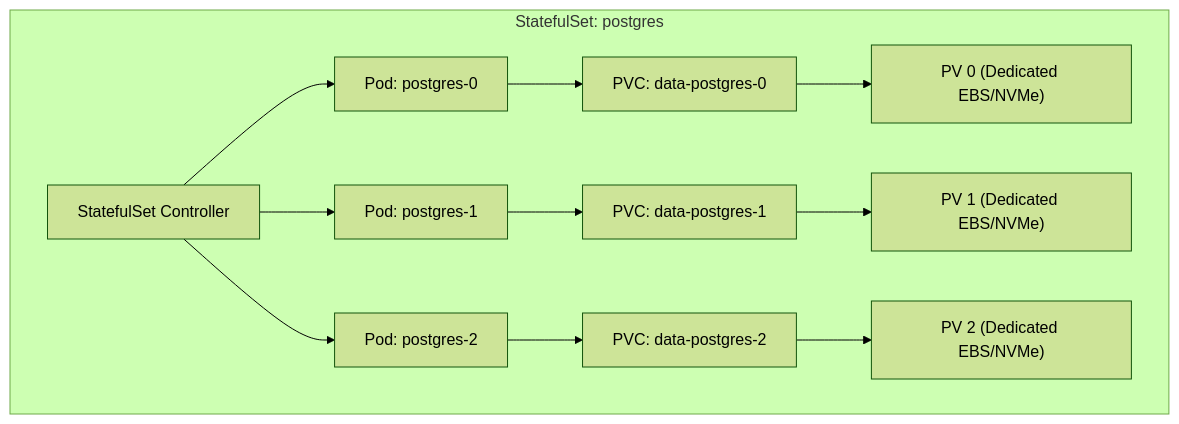
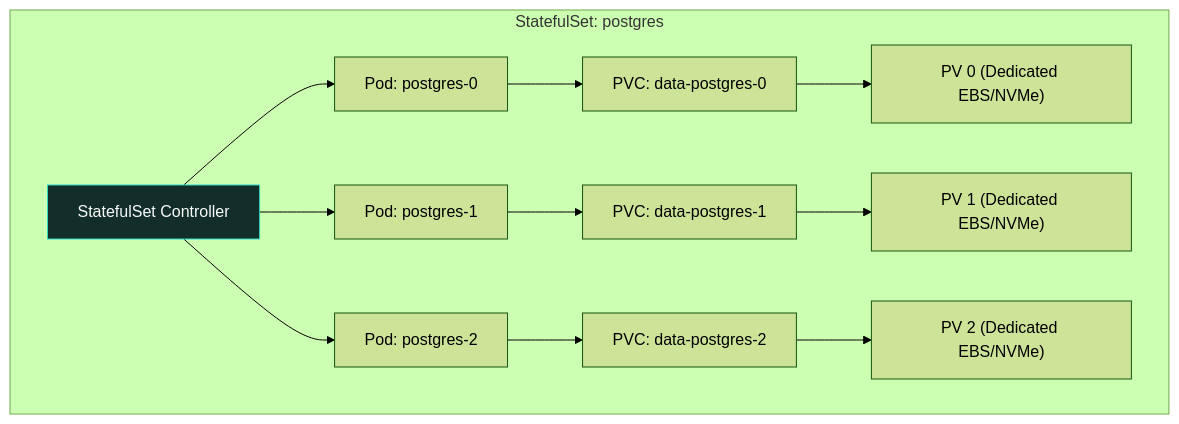
The second of 4 diagrams in sources/19. Инфраструктура. Linux, nginx, Docker, Kubernetes/04. Kubernetes/6. Stateful приложения.md (UnrealTemplier/go-textbook), drawn with Mermaid (forest theme) before and after one commit. The commit also changed other lines of this file and 1666 other files, not shown here.

First line of the commit message:
feat(mermaid): add semantic color classDef to 1369 colorless flowchart/graph diagrams

````diff
--- a/sources/19. Инфраструктура. Linux, nginx, Docker, Kubernetes/04. Kubernetes/6. Stateful приложения.md
+++ b/sources/19. Инфраструктура. Linux, nginx, Docker, Kubernetes/04. Kubernetes/6. Stateful приложения.md
@@ -42,16 +52,26 @@
 ```mermaid
 flowchart TD
+    classDef process  fill:#1e293b,stroke:#38bdf8,stroke-width:1px,color:#f8fafc
+    classDef success  fill:#064e3b,stroke:#34d399,stroke-width:1px,color:#f8fafc
+    classDef error    fill:#7f1d1d,stroke:#f87171,stroke-width:1px,color:#f8fafc
+    classDef warning  fill:#78350f,stroke:#fbbf24,stroke-width:1px,color:#f8fafc
+    classDef entry    fill:#1e3a5f,stroke:#38bdf8,stroke-width:2px,color:#f8fafc
+    classDef aux      fill:#334155,stroke:#64748b,stroke-width:1px,color:#f8fafc
+    classDef system   fill:#312e81,stroke:#a78bfa,stroke-width:1px,color:#f8fafc
+    classDef data     fill:#132d29,stroke:#2dd4bf,stroke-width:1px,color:#f8fafc
+    classDef network  fill:#881337,stroke:#fb7185,stroke-width:1px,color:#f8fafc
+    classDef accent   fill:#1e1b4b,stroke:#818cf8,stroke-width:1px,color:#f8fafc
     subgraph SS["StatefulSet: postgres"]
-        SS_Ctrl["StatefulSet Controller"] --> P0["Pod: postgres-0"]
+        SS_Ctrl["StatefulSet Controller"]:::data --> P0["Pod: postgres-0"]
         SS_Ctrl --> P1["Pod: postgres-1"]
         SS_Ctrl --> P2["Pod: postgres-2"]
         
         P0 --> PVC0["PVC: data-postgres-0"]
         P1 --> PVC1["PVC: data-postgres-1"]
         P2 --> PVC2["PVC: data-postgres-2"]
         
         PVC0 --> D0["PV 0 (Dedicated EBS/NVMe)"]
         PVC1 --> D1["PV 1 (Dedicated EBS/NVMe)"]
         PVC2 --> D2["PV 2 (Dedicated EBS/NVMe)"]
     end
 ```
````
